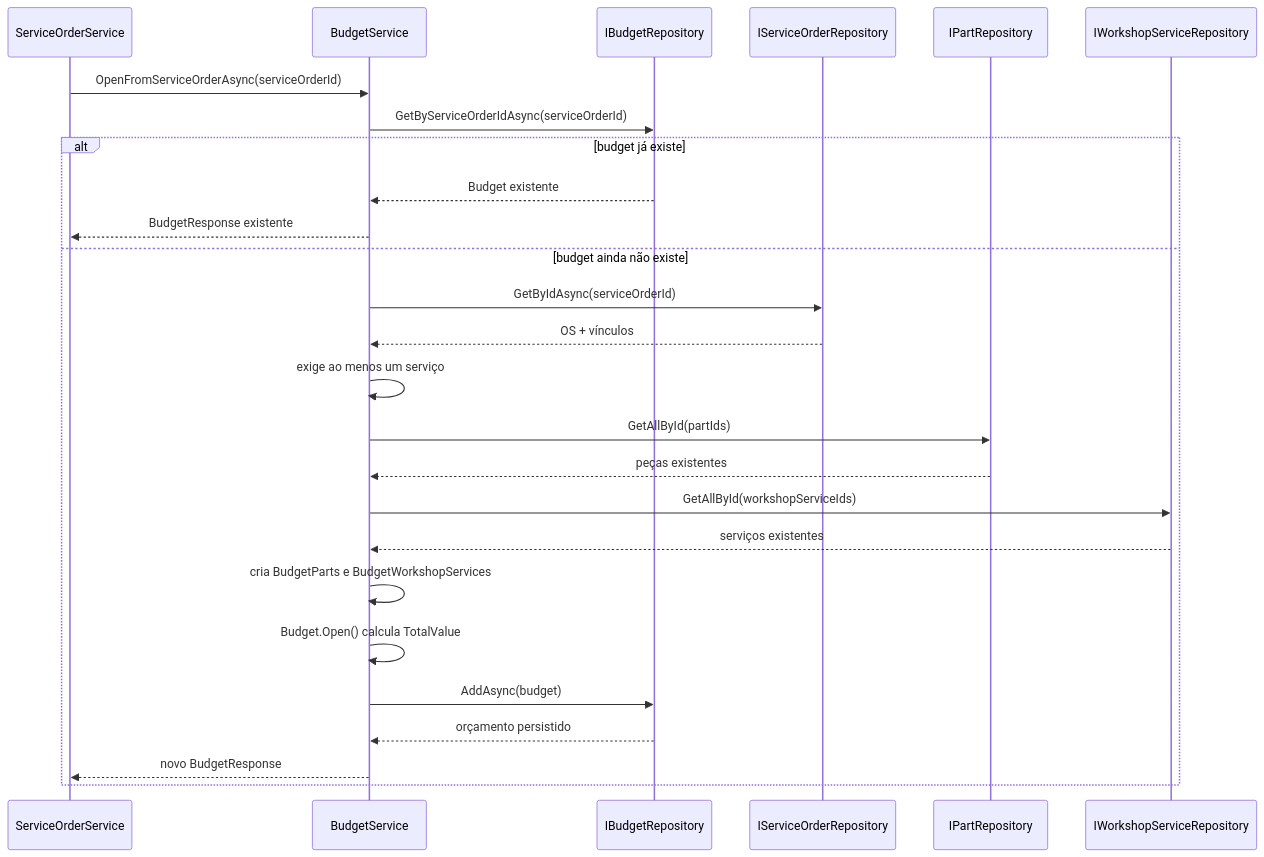
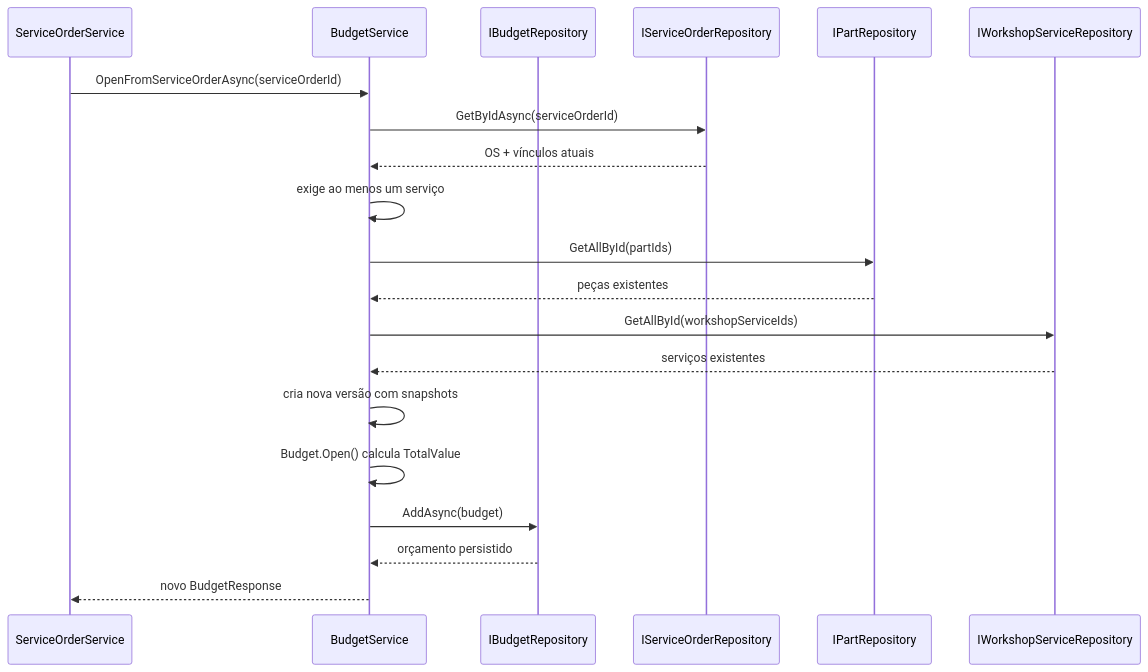
The second of 3 diagrams in docs/fluxo-ordem-servico.md (thierryiago/SOAT-Fase-1-Lil-Golden-Hammer), drawn with Mermaid before and after one commit. The commit also changed other lines of this file and 5 other files, not shown here.

````diff
--- a/docs/fluxo-ordem-servico.md
+++ b/docs/fluxo-ordem-servico.md
@@ -429,29 +472,23 @@
 ```mermaid
 sequenceDiagram
     participant SOS as ServiceOrderService
     participant BS as BudgetService
     participant BR as IBudgetRepository
     participant OSR as IServiceOrderRepository
     participant PR as IPartRepository
     participant WSR as IWorkshopServiceRepository
 
     SOS->>BS: OpenFromServiceOrderAsync(serviceOrderId)
-    BS->>BR: GetByServiceOrderIdAsync(serviceOrderId)
-    alt budget já existe
-        BR-->>BS: Budget existente
-        BS-->>SOS: BudgetResponse existente
-    else budget ainda não existe
-        BS->>OSR: GetByIdAsync(serviceOrderId)
-        OSR-->>BS: OS + vínculos
-        BS->>BS: exige ao menos um serviço
-        BS->>PR: GetAllById(partIds)
-        PR-->>BS: peças existentes
-        BS->>WSR: GetAllById(workshopServiceIds)
-        WSR-->>BS: serviços existentes
-        BS->>BS: cria BudgetParts e BudgetWorkshopServices
-        BS->>BS: Budget.Open() calcula TotalValue
-        BS->>BR: AddAsync(budget)
-        BR-->>BS: orçamento persistido
-        BS-->>SOS: novo BudgetResponse
-    end
+    BS->>OSR: GetByIdAsync(serviceOrderId)
+    OSR-->>BS: OS + vínculos atuais
+    BS->>BS: exige ao menos um serviço
+    BS->>PR: GetAllById(partIds)
+    PR-->>BS: peças existentes
+    BS->>WSR: GetAllById(workshopServiceIds)
+    WSR-->>BS: serviços existentes
+    BS->>BS: cria nova versão com snapshots
+    BS->>BS: Budget.Open() calcula TotalValue
+    BS->>BR: AddAsync(budget)
+    BR-->>BS: orçamento persistido
+    BS-->>SOS: novo BudgetResponse
 ```
````
